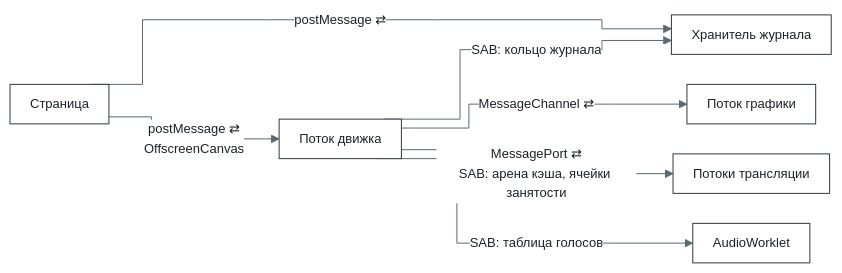
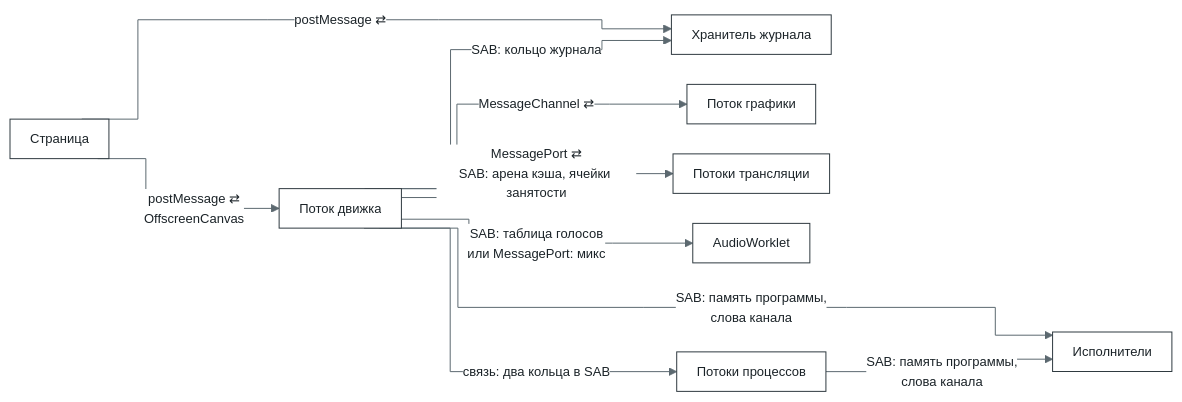
One commit to bottlify/bottlify changed the second of 10 diagrams in docs/architecture.ru.md. Above: the diagram before and after it, drawn with Mermaid. The commit also changed other lines of this file and 5 other files, not shown here.

````diff
--- a/docs/architecture.ru.md
+++ b/docs/architecture.ru.md
@@ -162,10 +175,13 @@
 ```mermaid
 %%{init: {"theme": "base", "flowchart": {"curve": "step", "nodeSpacing": 30, "rankSpacing": 70, "padding": 10}, "themeVariables": {"fontFamily": "Inter, Segoe UI, Helvetica, Arial, sans-serif", "fontSize": "13px", "primaryColor": "#FFFFFF", "primaryBorderColor": "#2F3A40", "primaryTextColor": "#1B2328", "lineColor": "#5C6970", "clusterBkg": "#F3F5F6", "clusterBorder": "#9AA6AC", "edgeLabelBackground": "#FFFFFF"}}}%%
 flowchart LR
   P["Страница"] -->|"postMessage ⇄<br/>OffscreenCanvas"| E["Поток движка"]
   P -->|"postMessage ⇄"| K["Хранитель журнала"]
   E -->|"SAB: кольцо журнала"| K
   E -->|"MessageChannel ⇄"| G["Поток графики"]
   E -->|"MessagePort ⇄<br/>SAB: арена кэша, ячейки занятости"| T["Потоки трансляции"]
-  E -->|"SAB: таблица голосов"| A["AudioWorklet"]
+  E -->|"SAB: таблица голосов<br/>или MessagePort: микс"| A["AudioWorklet"]
+  E -->|"связь: два кольца в SAB"| R["Потоки процессов"]
+  E -->|"SAB: память программы,<br/>слова канала"| X["Исполнители"]
+  R -->|"SAB: память программы,<br/>слова канала"| X
 ```
````
